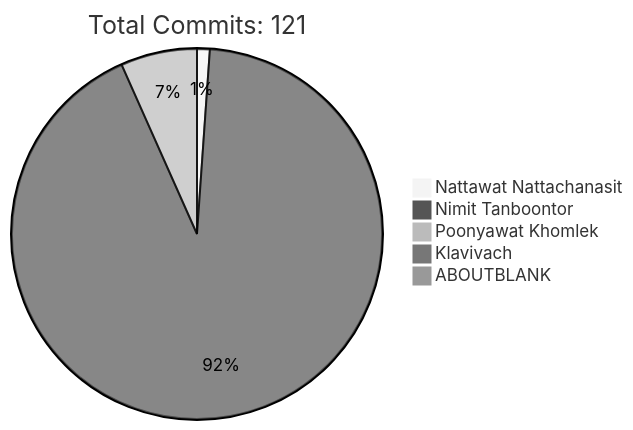
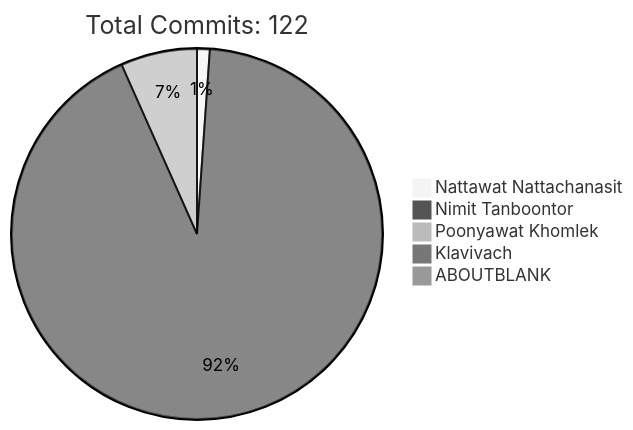
One commit to HLLC-MFU/HLLC-2025 changed the diagram in README.md. Above: the diagram before and after it, drawn with Mermaid (neutral theme). The commit also changed other lines of this file, not shown here.

````diff
--- a/README.md
+++ b/README.md
@@ -170,9 +170,9 @@
 ```mermaid
 pie
-    title Total Commits: 121
+    title Total Commits: 122
     "Nattawat Nattachanasit" : 1
     "Nimit Tanboontor" : 83
     "Poonyawat Khomlek" : 6
     "Klavivach" : 0
     "ABOUTBLANK" : 0
 ```
````
